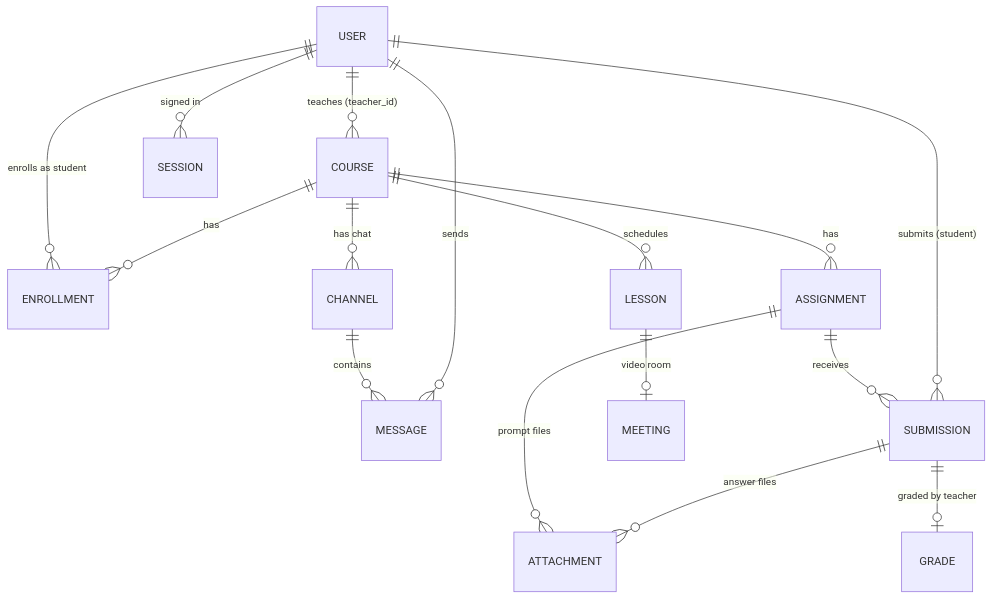
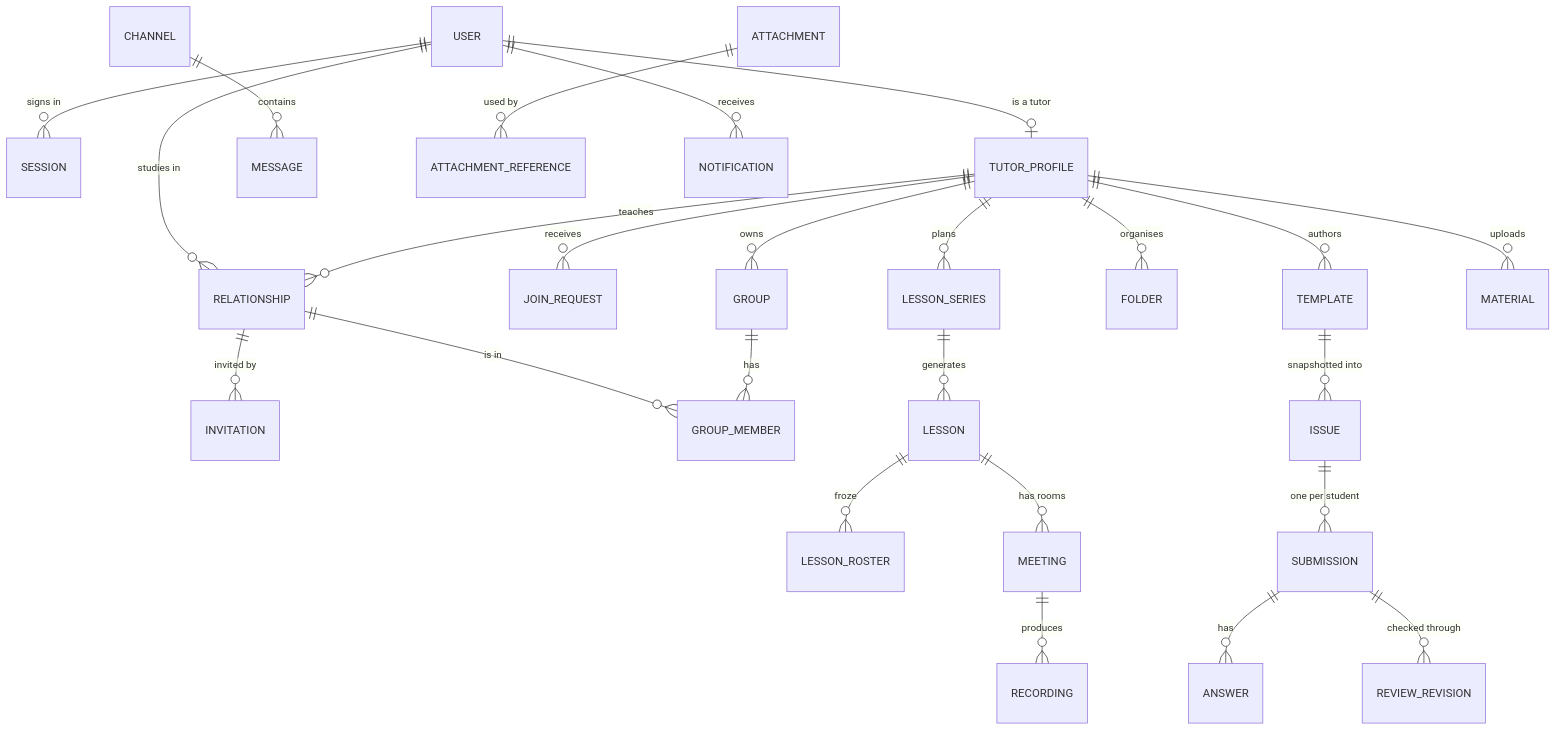
One commit to klukashka/ovc changed the diagram in knowledge/specs/data-model.md. Above: the diagram before and after it, drawn with Mermaid. The commit also changed other lines of this file and 41 other files, not shown here.

````diff
--- a/knowledge/specs/data-model.md
+++ b/knowledge/specs/data-model.md
@@ -10,18 +22,27 @@
 ```mermaid
 erDiagram
-  USER ||--o{ COURSE : "teaches (teacher_id)"
-  USER ||--o{ ENROLLMENT : "enrolls as student"
-  COURSE ||--o{ ENROLLMENT : has
-  COURSE ||--o{ LESSON : schedules
-  COURSE ||--o{ ASSIGNMENT : has
-  COURSE ||--o{ CHANNEL : "has chat"
+  USER ||--o{ SESSION : "signs in"
+  USER ||--o| TUTOR_PROFILE : "is a tutor"
+  TUTOR_PROFILE ||--o{ RELATIONSHIP : "teaches"
+  USER ||--o{ RELATIONSHIP : "studies in"
+  RELATIONSHIP ||--o{ INVITATION : "invited by"
+  TUTOR_PROFILE ||--o{ JOIN_REQUEST : receives
+  TUTOR_PROFILE ||--o{ GROUP : owns
+  GROUP ||--o{ GROUP_MEMBER : has
+  RELATIONSHIP ||--o{ GROUP_MEMBER : "is in"
+  TUTOR_PROFILE ||--o{ LESSON_SERIES : plans
+  LESSON_SERIES ||--o{ LESSON : generates
+  LESSON ||--o{ LESSON_ROSTER : "froze"
+  LESSON ||--o{ MEETING : "has rooms"
+  MEETING ||--o{ RECORDING : produces
   CHANNEL ||--o{ MESSAGE : contains
-  USER ||--o{ MESSAGE : sends
-  ASSIGNMENT ||--o{ SUBMISSION : receives
-  USER ||--o{ SUBMISSION : "submits (student)"
-  SUBMISSION ||--o| GRADE : "graded by teacher"
-  ASSIGNMENT ||--o{ ATTACHMENT : "prompt files"
-  SUBMISSION ||--o{ ATTACHMENT : "answer files"
-  LESSON ||--o| MEETING : "video room"
-  USER ||--o{ SESSION : "signed in"
+  TUTOR_PROFILE ||--o{ FOLDER : organises
+  TUTOR_PROFILE ||--o{ TEMPLATE : authors
+  TUTOR_PROFILE ||--o{ MATERIAL : uploads
+  TEMPLATE ||--o{ ISSUE : "snapshotted into"
+  ISSUE ||--o{ SUBMISSION : "one per student"
+  SUBMISSION ||--o{ ANSWER : has
+  SUBMISSION ||--o{ REVIEW_REVISION : "checked through"
+  ATTACHMENT ||--o{ ATTACHMENT_REFERENCE : "used by"
+  USER ||--o{ NOTIFICATION : receives
 ```
````
